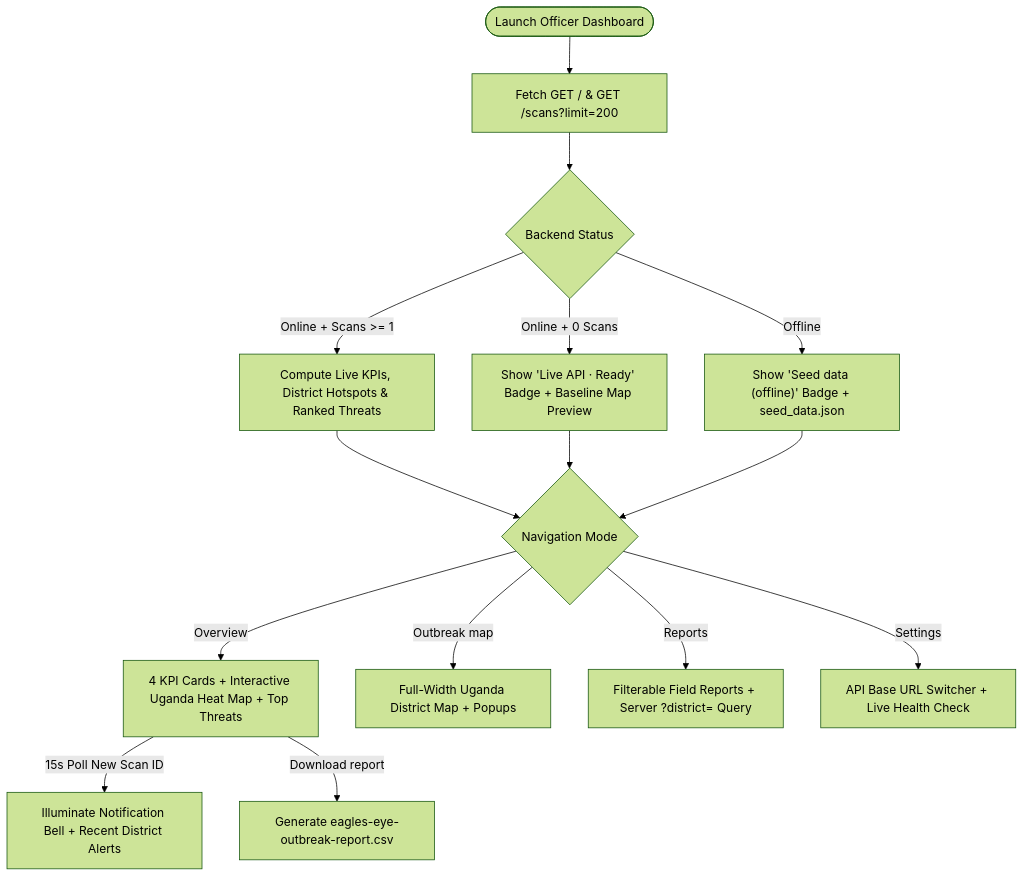
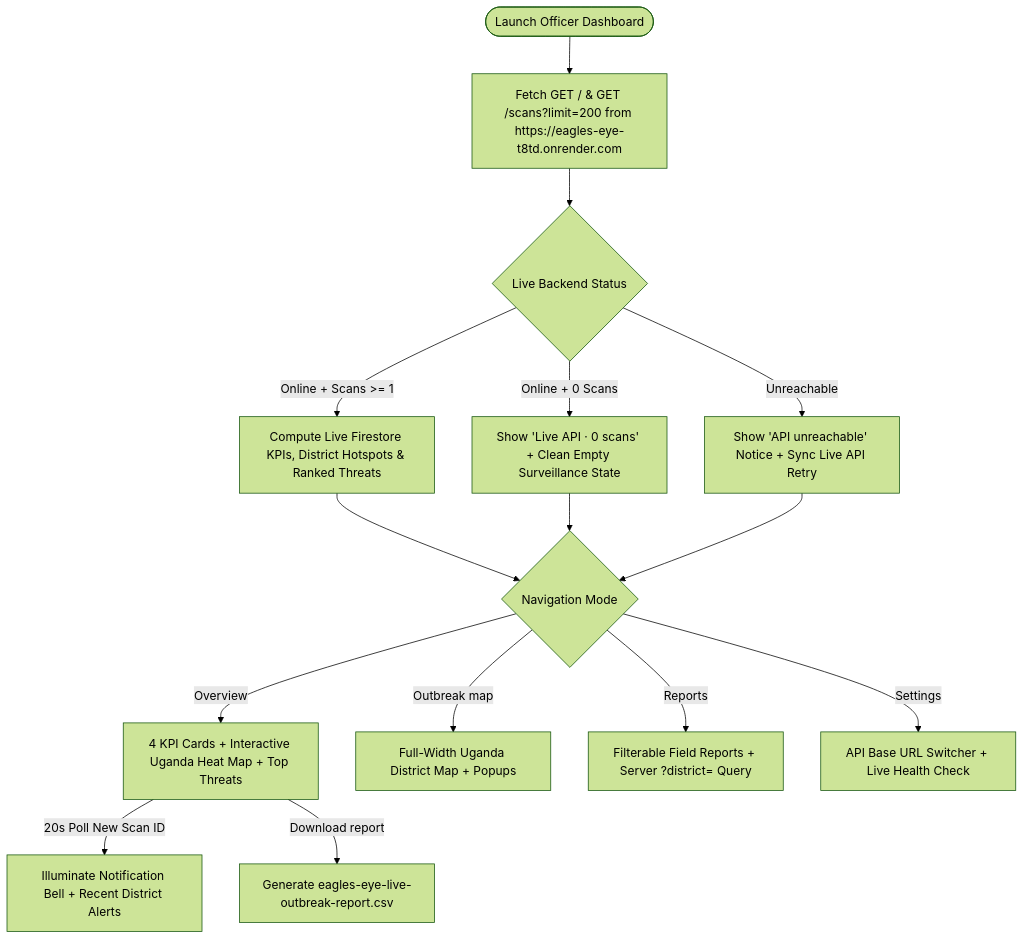
Before and after one commit to Wasswa-Phen/eagles-eye: the third of 3 diagrams in docs/PROJECT_REPORT.md, drawn with Mermaid (forest theme). The commit also changed other lines of this file and 13 other files, not shown here.

````diff
--- a/docs/PROJECT_REPORT.md
+++ b/docs/PROJECT_REPORT.md
@@ -94,21 +96,21 @@
 ```mermaid
 flowchart TD
-    Open(["Launch Officer Dashboard"]) --> Sync["Fetch GET / & GET /scans?limit=200"]
-    Sync --> Check{"Backend Status"}
+    Open(["Launch Officer Dashboard"]) --> Sync["Fetch GET / & GET /scans?limit=200 from https://eagles-eye-t8td.onrender.com"]
+    Sync --> Check{"Live Backend Status"}
 
-    Check -->|"Online + Scans >= 1"| LiveMetrics["Compute Live KPIs, District Hotspots & Ranked Threats"]
-    Check -->|"Online + 0 Scans"| ReadyState["Show 'Live API · Ready' Badge + Baseline Map Preview"]
-    Check -->|"Offline"| SeedState["Show 'Seed data (offline)' Badge + seed_data.json"]
+    Check -->|"Online + Scans >= 1"| LiveMetrics["Compute Live Firestore KPIs, District Hotspots & Ranked Threats"]
+    Check -->|"Online + 0 Scans"| ReadyState["Show 'Live API · 0 scans' + Clean Empty Surveillance State"]
+    Check -->|"Unreachable"| OfflineState["Show 'API unreachable' Notice + Sync Live API Retry"]
 
     LiveMetrics --> Nav{"Navigation Mode"}
     ReadyState --> Nav
-    SeedState --> Nav
+    OfflineState --> Nav
 
     Nav -->|"Overview"| SplitView["4 KPI Cards + Interactive Uganda Heat Map + Top Threats"]
     Nav -->|"Outbreak map"| ExpandedMap["Full-Width Uganda District Map + Popups"]
     Nav -->|"Reports"| ReportTable["Filterable Field Reports + Server ?district= Query"]
     Nav -->|"Settings"| Config["API Base URL Switcher + Live Health Check"]
 
-    SplitView -->|"15s Poll New Scan ID"| AlertDot["Illuminate Notification Bell + Recent District Alerts"]
-    SplitView -->|"Download report"| ExportCSV["Generate eagles-eye-outbreak-report.csv"]
+    SplitView -->|"20s Poll New Scan ID"| AlertDot["Illuminate Notification Bell + Recent District Alerts"]
+    SplitView -->|"Download report"| ExportCSV["Generate eagles-eye-live-outbreak-report.csv"]
 ```
````
